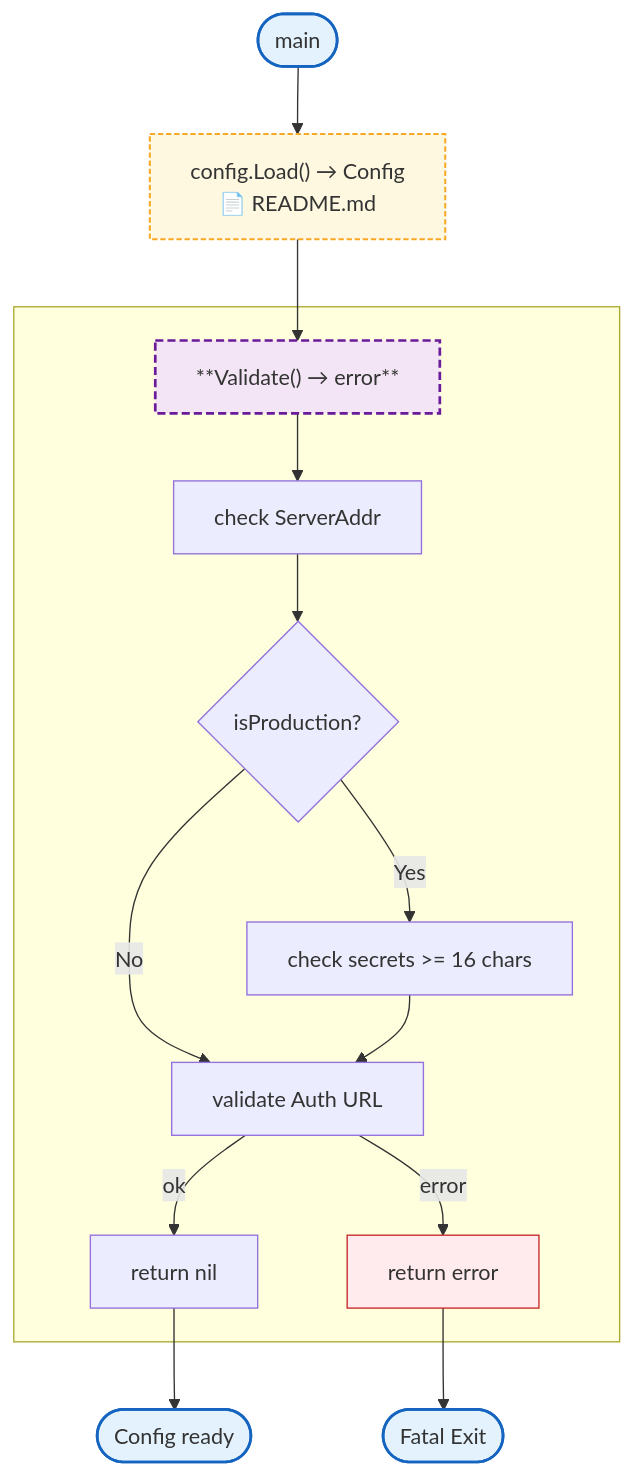
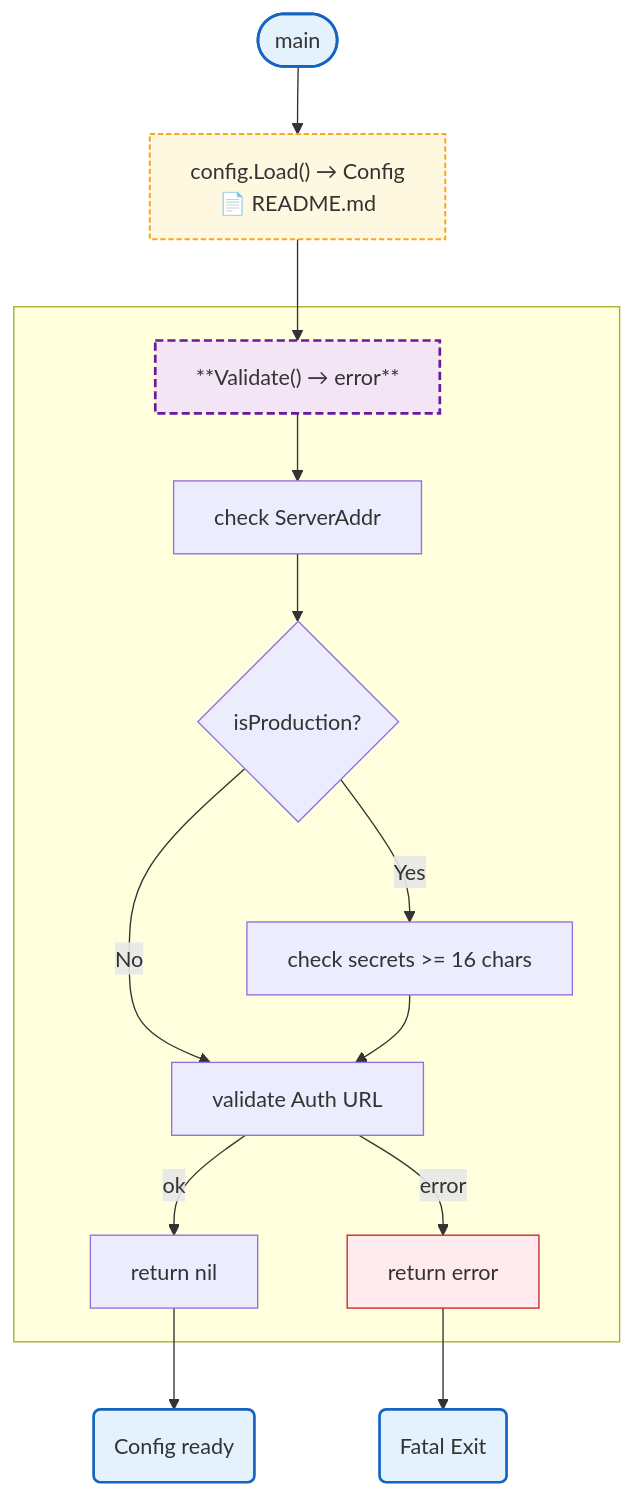
Before and after one commit to radch-ai/ava: the diagram in docs/config/README.md, drawn with Mermaid. The commit also changed 24 other files, not shown here.

First line of the commit message:
fix(docs): fix mermaid syntax errors in all diagrams

````diff
--- a/docs/config/README.md
+++ b/docs/config/README.md
@@ -7,30 +7,30 @@
 ```mermaid
 flowchart TB
     Start([main]) --> LoadCfg["config.Load() → Config
     📄 README.md"]
     LoadCfg --> HValidate
 
     subgraph SGValidate [" "]
         HValidate["**Validate() → error**"]
         HValidate --> CheckAddr["check ServerAddr"]
         CheckAddr --> CheckProd{isProduction?}
         CheckProd -->|Yes| CheckSecrets["check secrets >= 16 chars"]
         CheckProd -->|No| CheckURL["validate Auth URL"]
         CheckSecrets --> CheckURL
         CheckURL -->|ok| ValidNil["return nil"]
         CheckURL -->|error| ValidErr["return error"]
     end
 
-    ValidNil --> Done(["Config ready"])
-    ValidErr --> Fatal([Fatal Exit])
+    ValidNil --> Done("Config ready")
+    ValidErr --> Fatal("Fatal Exit")
 
     classDef mainFn fill:#e3f2fd,stroke:#1565c0,stroke-width:2px
     classDef internalFn fill:#f3e5f5,stroke:#6a1b9a,stroke-width:2px,stroke-dasharray:6 3
     classDef localPkgs fill:#fff8e1,stroke:#f9a825,stroke-width:1.5px,stroke-dasharray:4 2
     classDef errorFlow fill:#ffebee,stroke:#c62828,stroke-width:1px
 
     class Start,Done,Fatal mainFn
     class LoadCfg localPkgs
     class HValidate internalFn
     class ValidErr errorFlow
 ```
````
